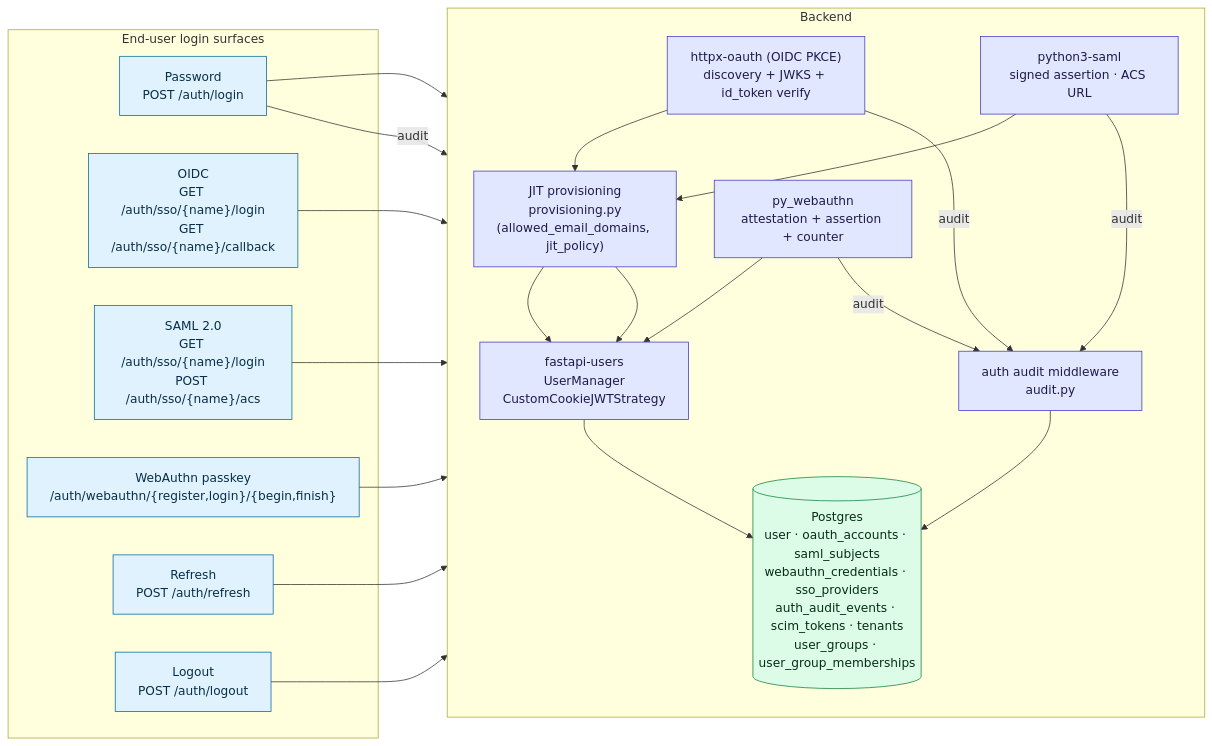
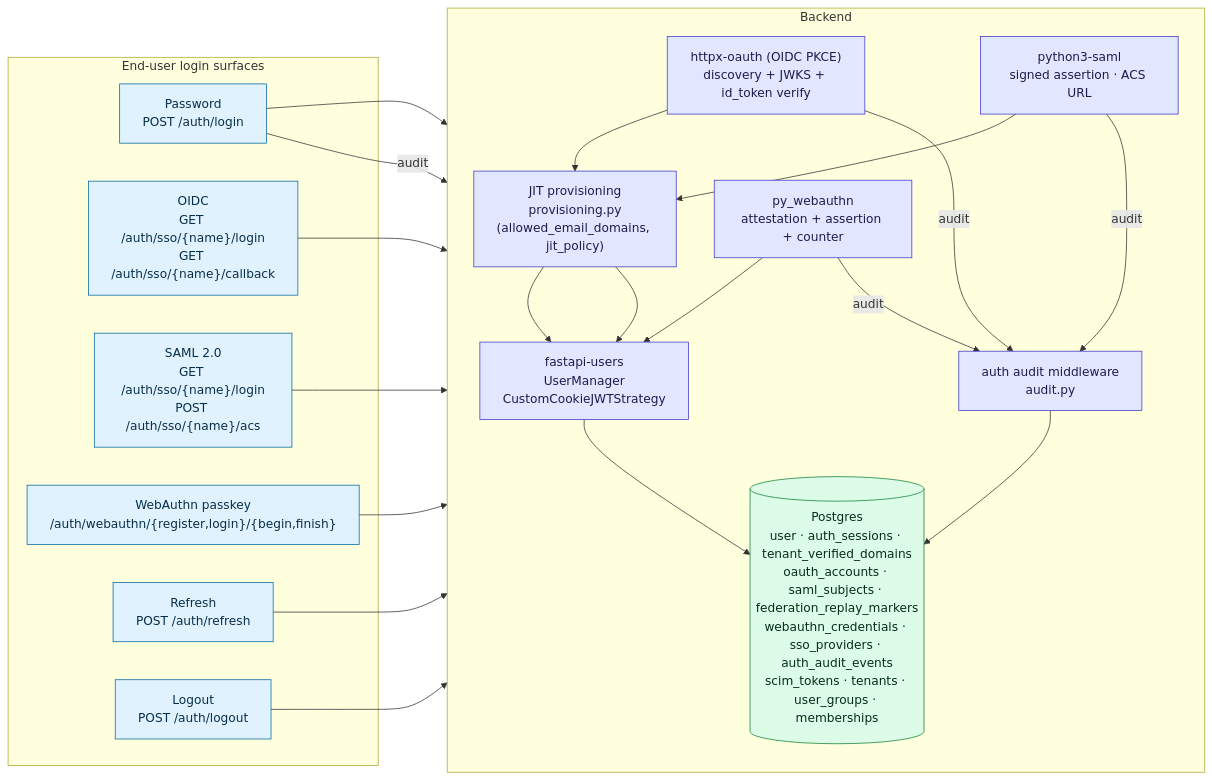
The first of 5 diagrams in docs/docs/architecture/diagrams/08-auth-tenancy-sso.md (nerdy-krishna/ai-secure-coding-compliance-platform), drawn with Mermaid before and after one commit. The commit also changed other lines of this file and 16 other files, not shown here.

Commit message:
feat(auth): prevent federation replay and finalize audit

````diff
--- a/docs/docs/architecture/diagrams/08-auth-tenancy-sso.md
+++ b/docs/docs/architecture/diagrams/08-auth-tenancy-sso.md
@@ -9,39 +9,39 @@
 ```mermaid
 flowchart LR
     subgraph Surfaces["End-user login surfaces"]
       Pwd["Password<br/>POST /auth/login"]:::edge
       OIDC["OIDC<br/>GET /auth/sso/{name}/login<br/>GET /auth/sso/{name}/callback"]:::edge
       SAML["SAML 2.0<br/>GET /auth/sso/{name}/login<br/>POST /auth/sso/{name}/acs"]:::edge
       Pass["WebAuthn passkey<br/>/auth/webauthn/{register,login}/{begin,finish}"]:::edge
       Refresh["Refresh<br/>POST /auth/refresh"]:::edge
       Logout["Logout<br/>POST /auth/logout"]:::edge
     end
 
     subgraph Backend
       direction TB
       FU["fastapi-users<br/>UserManager<br/>CustomCookieJWTStrategy"]:::app
       Httpx["httpx-oauth (OIDC PKCE)<br/>discovery + JWKS + id_token verify"]:::app
       Saml["python3-saml<br/>signed assertion · ACS URL"]:::app
       WA["py_webauthn<br/>attestation + assertion + counter"]:::app
       JIT["JIT provisioning<br/>provisioning.py<br/>(allowed_email_domains, jit_policy)"]:::app
       Audit["auth audit middleware<br/>audit.py"]:::app
-      DB[("Postgres<br/>user · oauth_accounts · saml_subjects<br/>webauthn_credentials · sso_providers<br/>auth_audit_events · scim_tokens · tenants<br/>user_groups · user_group_memberships")]:::data
+      DB[("Postgres<br/>user · auth_sessions · tenant_verified_domains<br/>oauth_accounts · saml_subjects · federation_replay_markers<br/>webauthn_credentials · sso_providers · auth_audit_events<br/>scim_tokens · tenants · user_groups · memberships")]:::data
     end
 
     Pwd --> FU
     OIDC --> Httpx --> JIT --> FU
     SAML --> Saml --> JIT --> FU
     Pass --> WA --> FU
     Refresh --> FU
     Logout --> FU
     FU --> DB
     Httpx -- audit --> Audit
     Saml -- audit --> Audit
     WA -- audit --> Audit
     Pwd -- audit --> Audit
     Audit --> DB
 
     classDef edge fill:#e0f2fe,stroke:#0369a1,color:#082f49;
     classDef app  fill:#e0e7ff,stroke:#4338ca,color:#1e1b4b;
     classDef data fill:#dcfce7,stroke:#15803d,color:#052e16;
 ```
````
